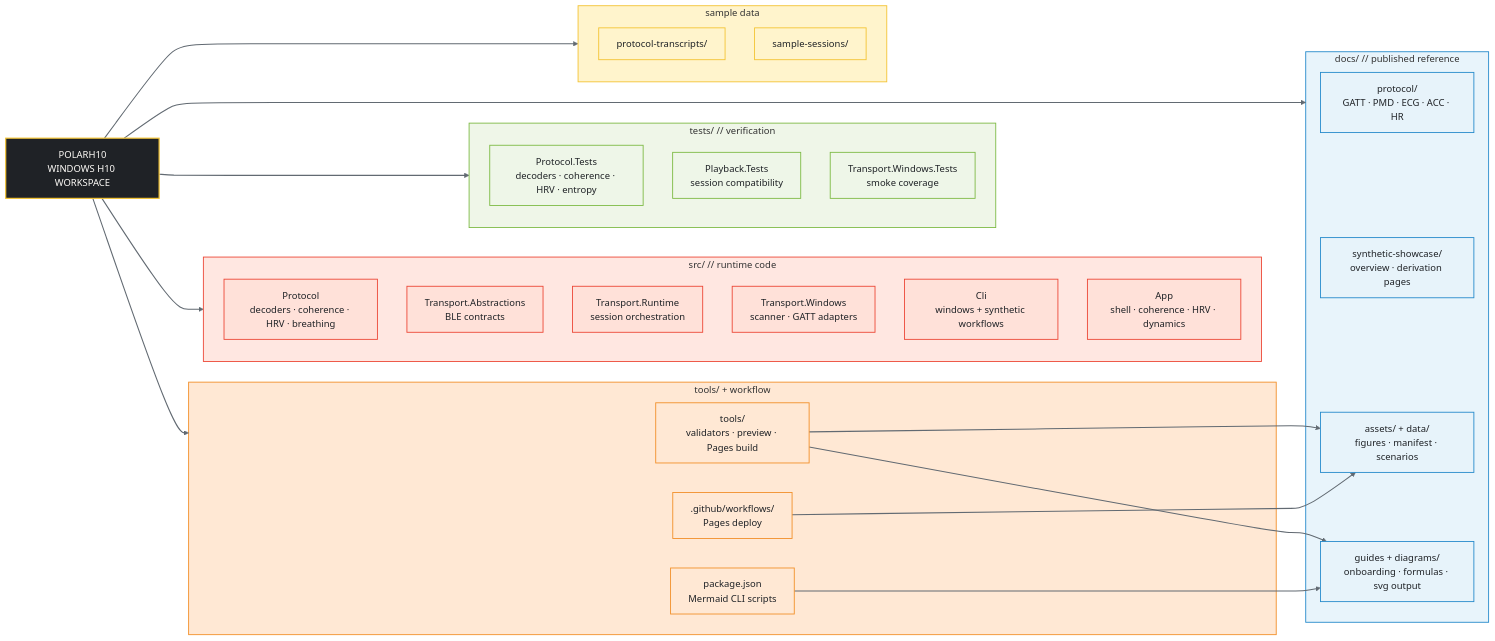
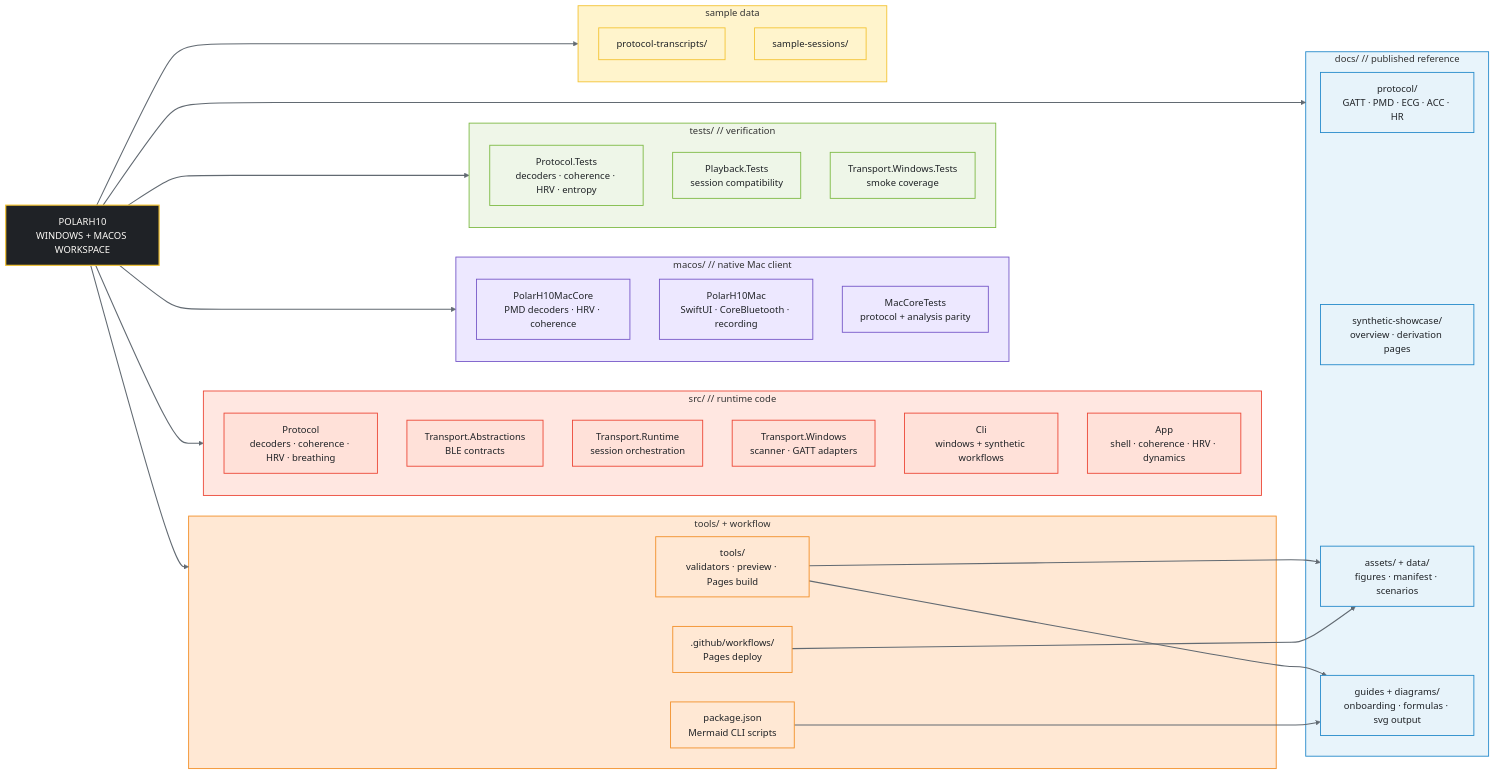
Before and after one commit to MesmerPrism/PolarH10: the first of 3 diagrams in README.md, drawn with Mermaid. The commit also changed other lines of this file and 38 other files, not shown here.

Commit message:
Add native macOS app and release

````diff
--- a/README.md
+++ b/README.md
@@ -289,67 +327,77 @@
 ```mermaid
 flowchart LR
-    R["POLARH10<br/>WINDOWS H10 WORKSPACE"]
+    R["POLARH10<br/>WINDOWS + MACOS WORKSPACE"]
 
     subgraph Source["src/ // runtime code"]
         P1["Protocol<br/>decoders · coherence · HRV · breathing"]
         P2["Transport.Abstractions<br/>BLE contracts"]
         P3["Transport.Runtime<br/>session orchestration"]
         P4["Transport.Windows<br/>scanner · GATT adapters"]
         P5["Cli<br/>windows + synthetic workflows"]
         P6["App<br/>shell · coherence · HRV · dynamics"]
+    end
+
+    subgraph Mac["macos/ // native Mac client"]
+        M1["PolarH10MacCore<br/>PMD decoders · HRV · coherence"]
+        M2["PolarH10Mac<br/>SwiftUI · CoreBluetooth · recording"]
+        M3["MacCoreTests<br/>protocol + analysis parity"]
     end
 
     subgraph Tests["tests/ // verification"]
         T1["Protocol.Tests<br/>decoders · coherence · HRV · entropy"]
         T2["Playback.Tests<br/>session compatibility"]
         T3["Transport.Windows.Tests<br/>smoke coverage"]
     end
 
     subgraph Docs["docs/ // published reference"]
         D1["protocol/<br/>GATT · PMD · ECG · ACC · HR"]
         D2["synthetic-showcase/<br/>overview · derivation pages"]
         D3["assets/ + data/<br/>figures · manifest · scenarios"]
         D4["guides + diagrams/<br/>onboarding · formulas · svg output"]
     end
 
     subgraph Tooling["tools/ + workflow"]
         TL1["tools/<br/>validators · preview · Pages build"]
         TL2["package.json<br/>Mermaid CLI scripts"]
         TL3[".github/workflows/<br/>Pages deploy"]
     end
 
     subgraph Samples["sample data"]
         S1["protocol-transcripts/"]
         S2["sample-sessions/"]
     end
 
     R --> Source
+    R --> Mac
     R --> Tests
     R --> Docs
     R --> Tooling
     R --> Samples
     TL1 --> D4
     TL1 --> D3
     TL2 --> D4
     TL3 --> D3
 
     style Source fill:#FFE7E1,stroke:#EC4736,stroke-width:1.5px;
+    style Mac fill:#EDE8FF,stroke:#7657C8,stroke-width:1.5px;
     style Tests fill:#EFF6E8,stroke:#7DBA44,stroke-width:1.5px;
     style Docs fill:#E8F4FB,stroke:#258ACB,stroke-width:1.5px;
     style Tooling fill:#FFE8D4,stroke:#F28F28,stroke-width:1.5px;
     style Samples fill:#FFF4CC,stroke:#F3C333,stroke-width:1.5px;
 
     classDef hub fill:#1F2226,stroke:#F3C333,color:#FFFDF9,stroke-width:2px;
     classDef source fill:#FFE1D9,stroke:#EC4736,color:#1F2226,stroke-width:1.5px;
     classDef tests fill:#EEF6E8,stroke:#7DBA44,color:#1F2226,stroke-width:1.5px;
     classDef docs fill:#E7F3FA,stroke:#258ACB,color:#1F2226,stroke-width:1.5px;
     classDef tooling fill:#FFE8D4,stroke:#F28F28,color:#1F2226,stroke-width:1.5px;
     classDef sample fill:#FFF4CC,stroke:#F3C333,color:#1F2226,stroke-width:1.5px;
+    classDef mac fill:#EDE8FF,stroke:#7657C8,color:#1F2226,stroke-width:1.5px;
     class R hub;
     class P1,P2,P3,P4,P5,P6 source;
+    class M1,M2,M3 mac;
     class T1,T2,T3 tests;
     class D1,D2,D3,D4 docs;
     class TL1,TL2,TL3 tooling;
     class S1,S2 sample;
     linkStyle default stroke:#626A72,stroke-width:1.8px;
 ```
````
